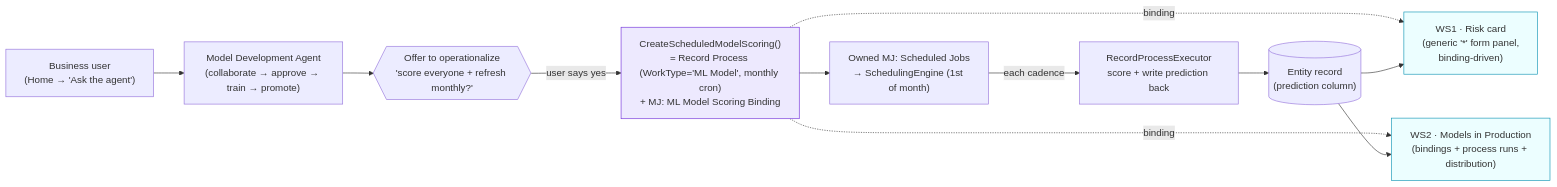
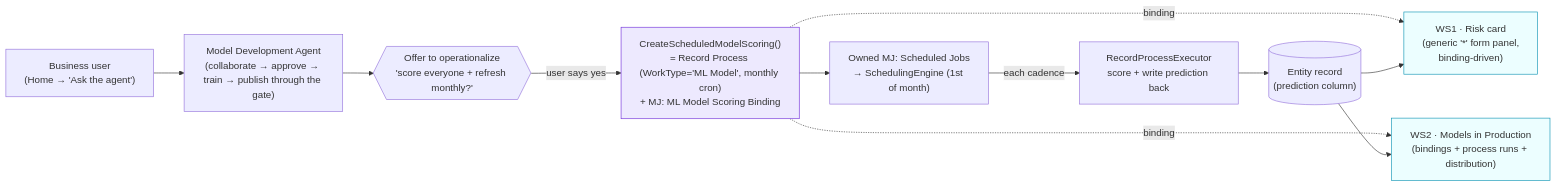
Diagram 13 of 13 in guides/PREDICTIVE_STUDIO_GUIDE.md (MemberJunction/MJ), drawn with Mermaid before and after one commit. The commit also changed other lines of this file and 1 other file, not shown here.

````diff
--- a/guides/PREDICTIVE_STUDIO_GUIDE.md
+++ b/guides/PREDICTIVE_STUDIO_GUIDE.md
@@ -1168,26 +1285,26 @@
 ```mermaid
 flowchart LR
     User["Business user<br/>(Home → 'Ask the agent')"]
-    Agent["Model Development Agent<br/>(collaborate → approve → train → promote)"]
+    Agent["Model Development Agent<br/>(collaborate → approve → train → publish through the gate)"]
     Offer{{"Offer to operationalize<br/>'score everyone + refresh monthly?'"}}
     Sched["CreateScheduledModelScoring()<br/>= Record Process (WorkType='ML Model', monthly cron)<br/>+ MJ: ML Model Scoring Binding"]
     Job["Owned MJ: Scheduled Jobs<br/>→ SchedulingEngine (1st of month)"]
     WB["RecordProcessExecutor<br/>score + write prediction back"]
     Rec[("Entity record<br/>(prediction column)")]
     Card["WS1 · Risk card<br/>(generic '*' form panel,<br/>binding-driven)"]
     Prod["WS2 · Models in Production<br/>(bindings + process runs + distribution)"]
 
     User --> Agent
     Agent --> Offer
     Offer -->|user says yes| Sched
     Sched --> Job
     Job -->|each cadence| WB
     WB --> Rec
     Sched -.binding.-> Card
     Sched -.binding.-> Prod
     Rec --> Card
     Rec --> Prod
     style Sched fill:#ede9fe,stroke:#6d28d9
     style Card fill:#ecfeff,stroke:#0891b2
     style Prod fill:#ecfeff,stroke:#0891b2
 ```
````
